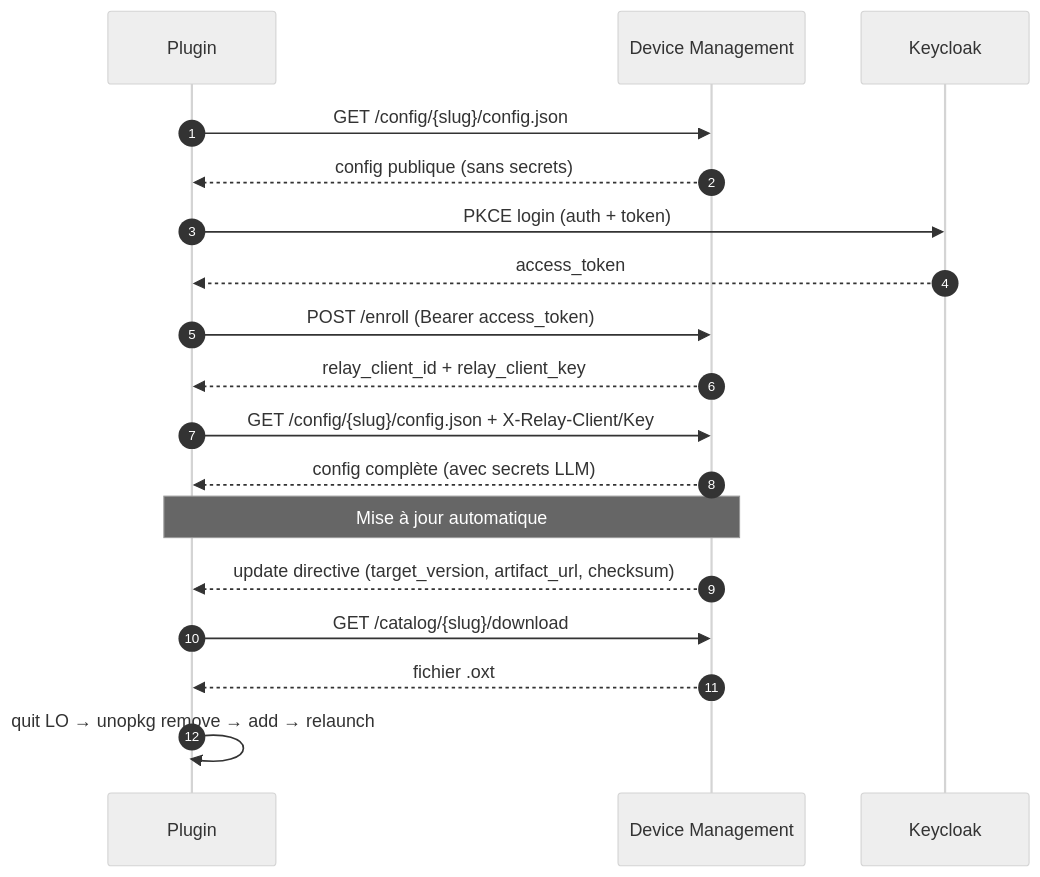
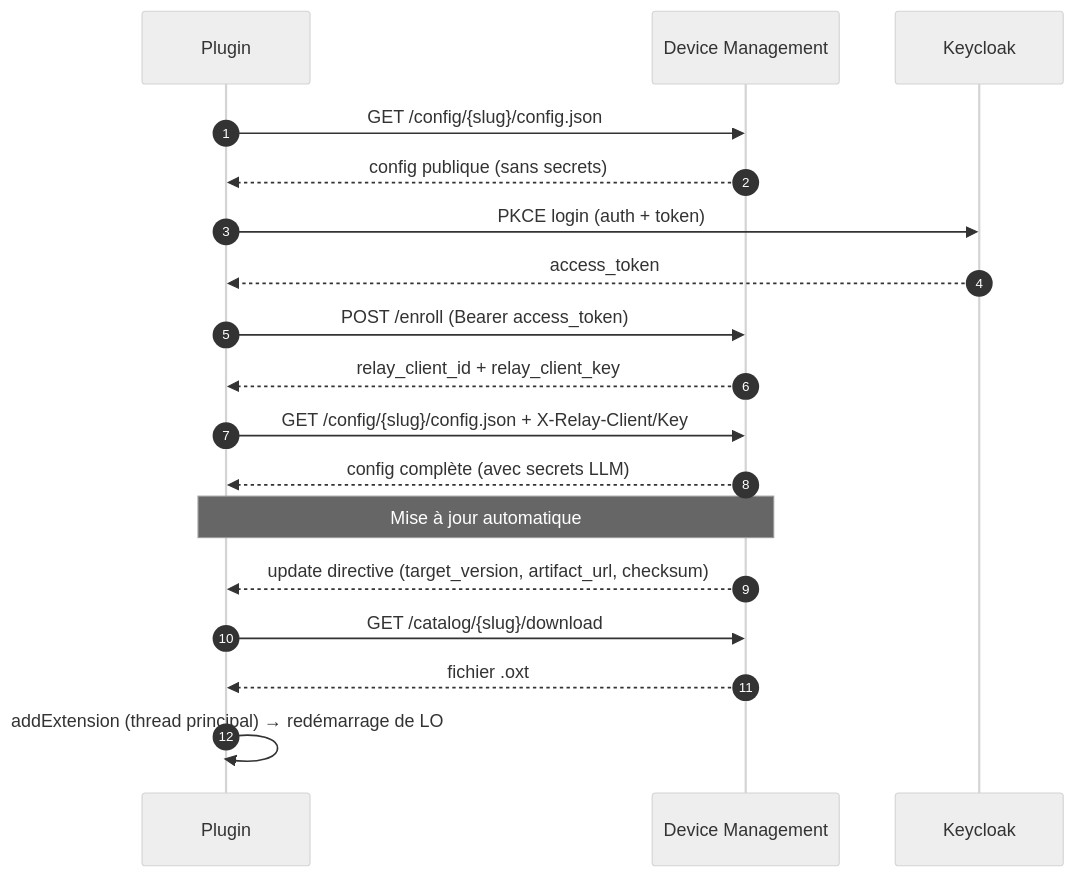
One commit to IA-Generative/iassistant-libreoffice changed the diagram in README.md. Above: the diagram before and after it, drawn with Mermaid (neutral theme). The commit also changed 6 other files, not shown here.

````diff
--- a/README.md
+++ b/README.md
@@ -319,25 +319,25 @@
 ```mermaid
 sequenceDiagram
   autonumber
   participant P as Plugin
   participant DM as Device Management
   participant KC as Keycloak
 
   P->>DM: GET /config/{slug}/config.json
   DM-->>P: config publique (sans secrets)
 
   P->>KC: PKCE login (auth + token)
   KC-->>P: access_token
 
   P->>DM: POST /enroll (Bearer access_token)
   DM-->>P: relay_client_id + relay_client_key
 
   P->>DM: GET /config/{slug}/config.json + X-Relay-Client/Key
   DM-->>P: config complète (avec secrets LLM)
 
   Note over P,DM: Mise à jour automatique
   DM-->>P: update directive (target_version, artifact_url, checksum)
   P->>DM: GET /catalog/{slug}/download
   DM-->>P: fichier .oxt
-  P->>P: quit LO → unopkg remove → add → relaunch
+  P->>P: addExtension (thread principal) → redémarrage de LO
 ```
````
